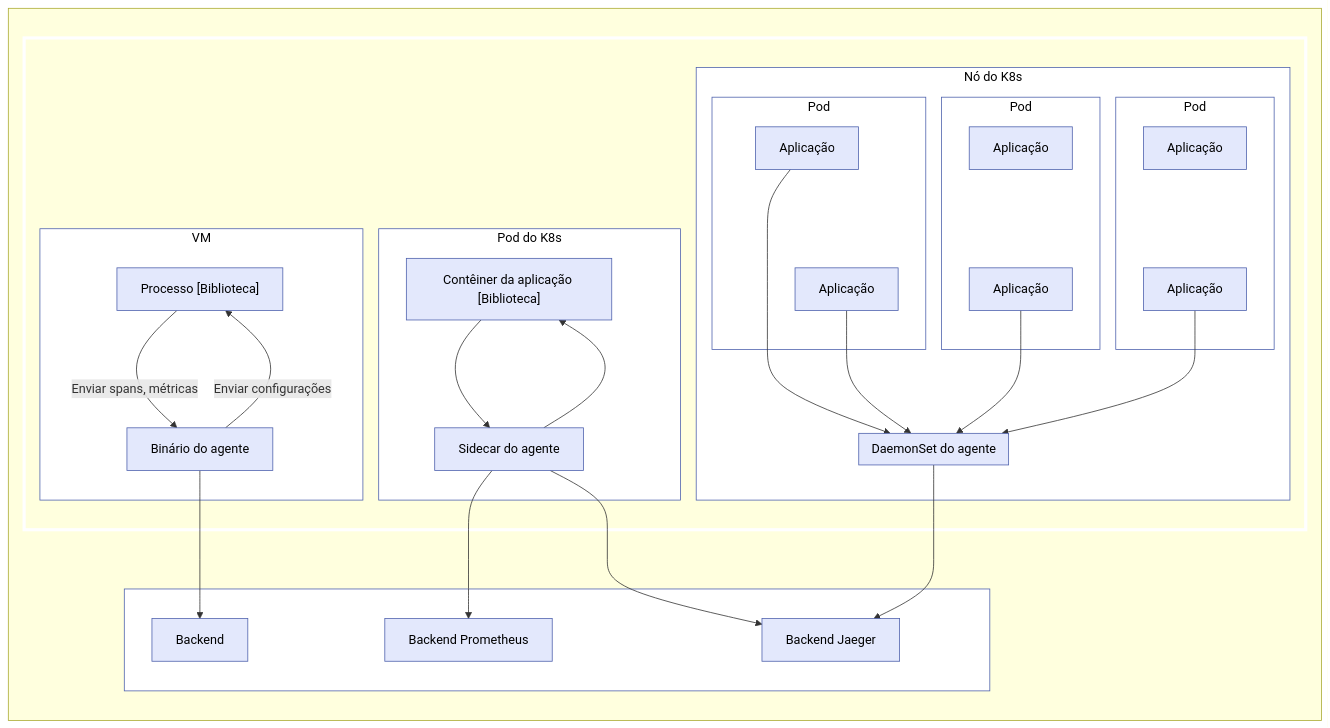
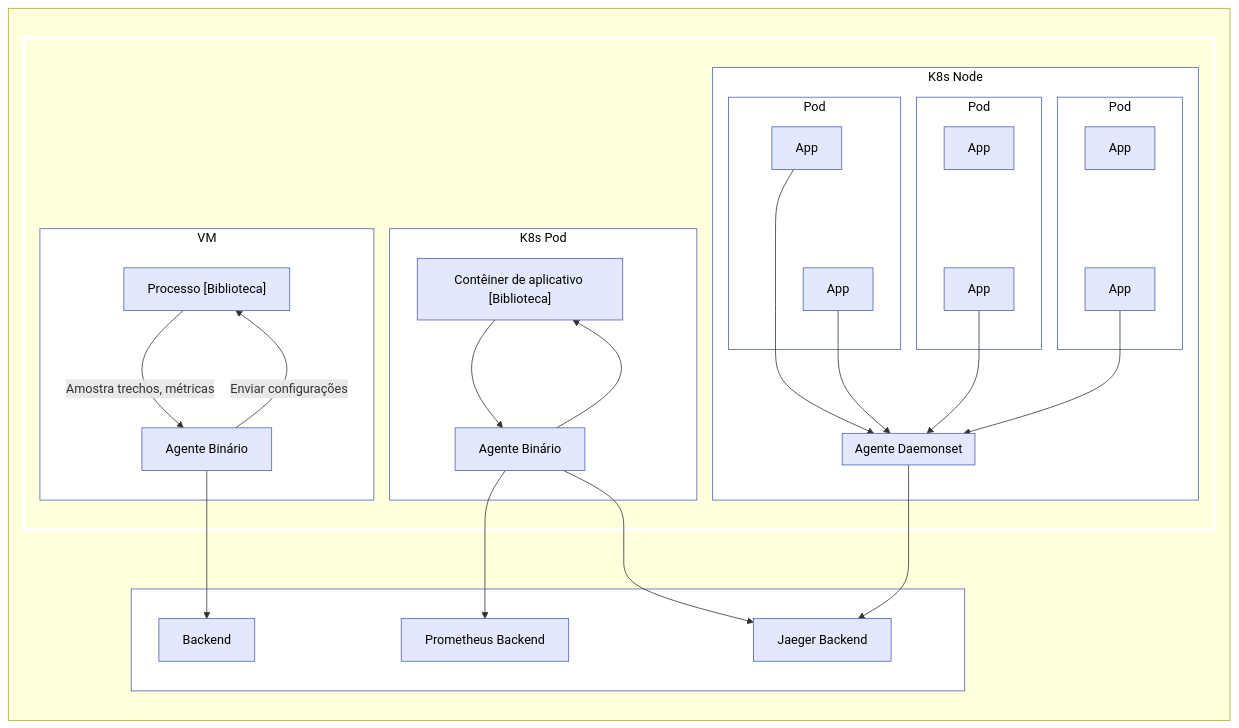
Before and after one commit to open-telemetry/opentelemetry.io: the sixth of 7 diagrams in content/pt/docs/collector/architecture.md, drawn with Mermaid. The commit also changed other lines of this file, not shown here.

Commit message:
GH-9427: narrow Portuguese architecture drift fix

````diff
--- a/content/pt/docs/collector/architecture.md
+++ b/content/pt/docs/collector/architecture.md
@@ -304,45 +304,45 @@
 ```mermaid
 flowchart LR
   subgraph S1 ["#nbsp;"]
       subgraph S2 ["#nbsp;"]
         subgraph VM [VM]
-            PR["Processo [Biblioteca]"] -->|Enviar spans, métricas| AB[Binário do agente]
+            PR["Processo [Biblioteca]"] -->|Amostra trechos, métricas| AB[Agente Binário]
             AB -->|Enviar configurações| PR
         end
-        subgraph K8s-pod [Pod do K8s]
-            AC["Contêiner da aplicação [Biblioteca]"] --> AS[Sidecar do agente]
+        subgraph K8s-pod [K8s Pod]
+            AC["`Contêiner de aplicativo [Biblioteca]`"] --> AS[Agente Binário]
             AS --> AC
         end
-        subgraph K8s-node [Nó do K8s]
+        subgraph K8s-node [K8s Node]
             subgraph Pod1 [Pod]
-                APP1[Aplicação] ~~~ APP2[Aplicação]
+                APP1[App] ~~~ APP2[App]
             end
             subgraph Pod2 [Pod]
-                APP3[Aplicação] ~~~ APP4[Aplicação]
+                APP3[App] ~~~ APP4[App]
             end
             subgraph Pod3 [Pod]
-                APP5[Aplicação] ~~~ APP6[Aplicação]
+                APP5[App] ~~~ APP6[App]
             end
-            subgraph AD [DaemonSet do agente]
+            subgraph AD [Agente Daemonset]
             end
             APP1 --> AD
             APP2 --> AD
             APP4 --> AD
             APP6 --> AD
         end
       end
       subgraph Backends ["#nbsp;"]
           AB --> BE[Backend]
-          AS --> PRM[Backend Prometheus]
-          AS --> JA[Backend Jaeger]
+          AS --> PRM[Prometheus Backend]
+          AS --> JA[Jaeger Backend]
           AD --> JA
       end
   end
 
 class S2 noLines;
 class VM,K8s-pod,K8s-node,Pod1,Pod2,Pod3,Backends withLines;
 class PR,AB,AC,AS,APP1,APP2,APP3,APP4,APP5,APP6,AD,BE,PRM,JA nodeStyle
 classDef noLines stroke:#fff,stroke-width:4px,color:#000000;
 classDef withLines fill:#fff,stroke:#4f62ad,color:#000000;
 classDef nodeStyle fill:#e3e8fc,stroke:#4f62ad,color:#000000;
 ```
````
